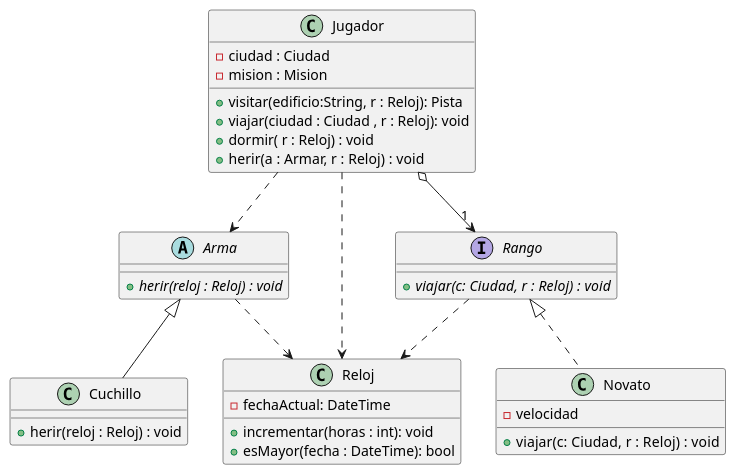
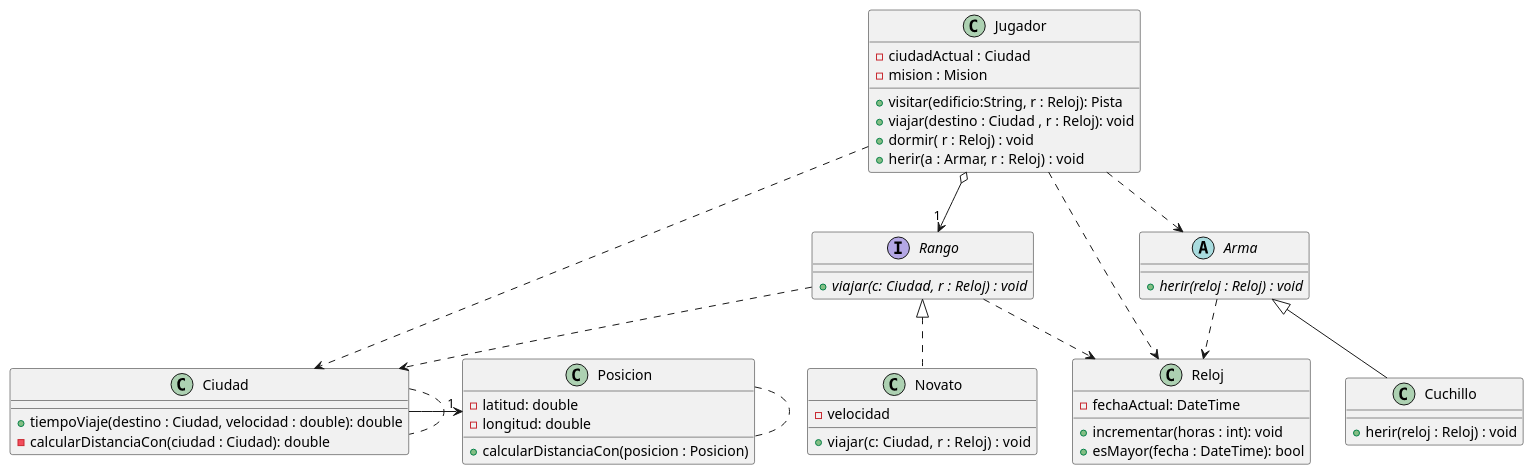
Before and after one commit to martinanus/algo3_tp2: the diagram in diagrams/classes/diagrama_clases_entrega1.puml, drawn with PlantUML. The commit also changed 1 other file, not shown here.

Commit message:
Se actualiza diagrama de clases

```diff
--- a/diagrams/classes/diagrama_clases_entrega1.puml
+++ b/diagrams/classes/diagrama_clases_entrega1.puml
@@ -1,54 +1,64 @@
 @startuml
 
 
 Arma <|-- Cuchillo
 Rango <|.. Novato
 Jugador ..> Arma
 Jugador o--> "1" Rango
 Arma ..> Reloj
 Jugador ..> Reloj
+Jugador .> Ciudad
 Rango ..> Reloj
-
-
+Rango ..> Ciudad
+Ciudad ->"1" Posicion
+Ciudad . Ciudad
+Posicion . Posicion
 
 abstract class Arma {
     {abstract} + herir(reloj : Reloj) : void
 }
 
  class Cuchillo{
      + herir(reloj : Reloj) : void
 }
 
 
 interface Rango {
     {abstract} + viajar(c: Ciudad,  r : Reloj) : void
 }
 
 
 class Novato {
     - velocidad
     + viajar(c: Ciudad,  r : Reloj) : void
 }
 
 class Jugador {
-    - ciudad : Ciudad
+    - ciudadActual : Ciudad
     - mision : Mision
     + visitar(edificio:String, r : Reloj): Pista
-    + viajar(ciudad : Ciudad , r : Reloj): void
+    + viajar(destino : Ciudad , r : Reloj): void
     + dormir( r : Reloj) : void
     + herir(a : Armar, r : Reloj) : void
+}
+
+class Ciudad {
+    + tiempoViaje(destino : Ciudad, velocidad : double): double
+    - calcularDistanciaCon(ciudad : Ciudad): double
+}
+
+class Posicion {
+    - latitud: double
+    - longitud: double
+    + calcularDistanciaCon(posicion : Posicion)
 }
 
 
 class Reloj{
     - fechaActual: DateTime
     + incrementar(horas : int): void
     + esMayor(fecha : DateTime): bool
 }
 
 
-
-
-
-
 @enduml
```
